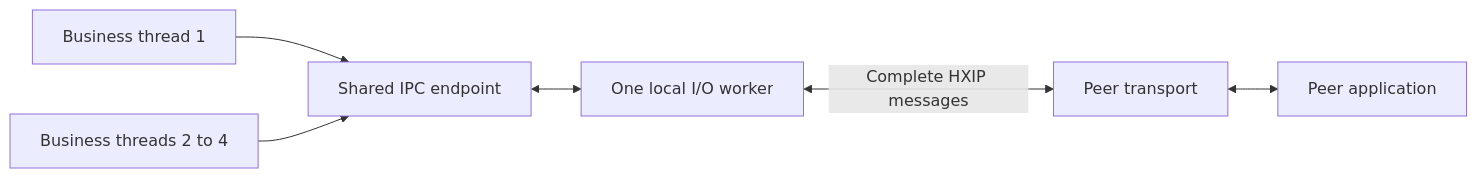
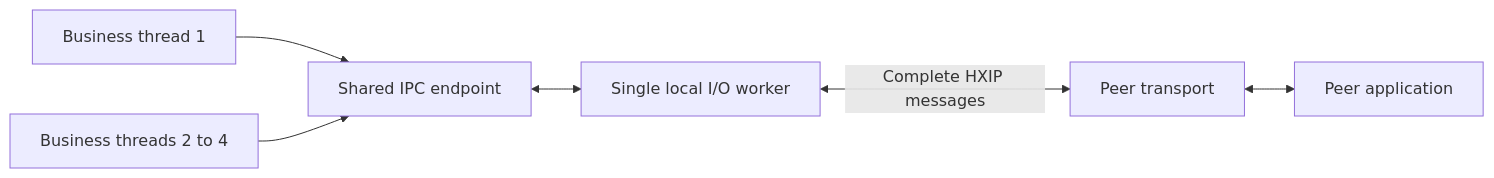
Before and after one commit to HuangX666/hx_c_platform: the first of 2 diagrams in docs/IPC.md, drawn with Mermaid. The commit also changed other lines of this file and 135 other files, not shown here.

````diff
--- a/docs/IPC.md
+++ b/docs/IPC.md
@@ -123,8 +136,8 @@
 ```mermaid
 flowchart LR
     A[Business thread 1] --> C[Shared IPC endpoint]
     B[Business threads 2 to 4] --> C
-    C <--> D[One local I/O worker]
+    C <--> D[Single local I/O worker]
     D <-->|Complete HXIP messages| E[Peer transport]
     E <--> F[Peer application]
 ```
````
